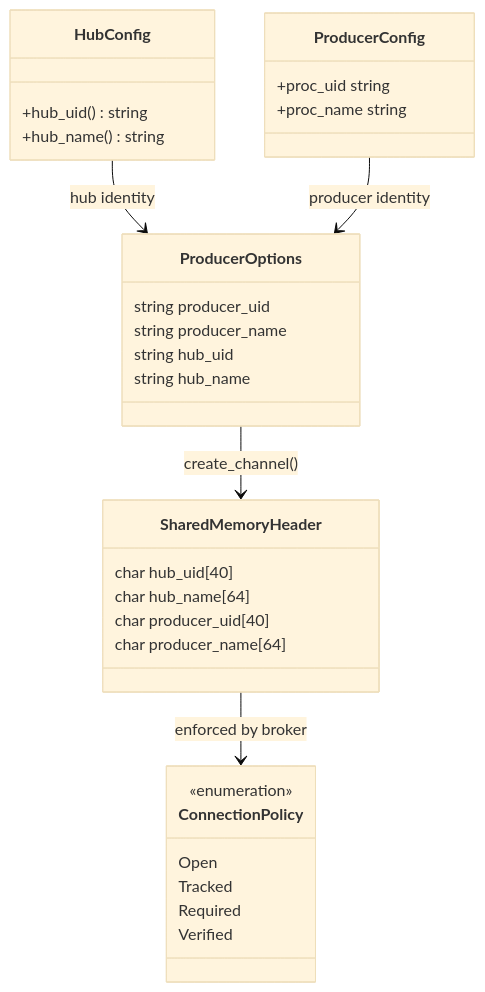
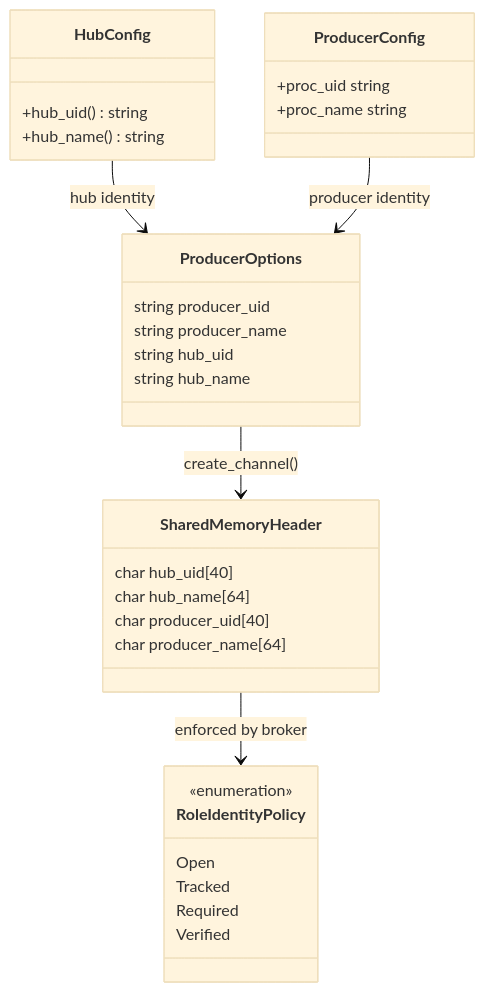
One commit to Qing-LAB/pylabhub changed the first of 2 diagrams in docs/HEP/HEP-CORE-0013-Channel-Identity-and-Provenance.md. Above: the diagram before and after it, drawn with Mermaid (base theme). The commit also changed other lines of this file and 22 other files, not shown here.

````diff
--- a/docs/HEP/HEP-CORE-0013-Channel-Identity-and-Provenance.md
+++ b/docs/HEP/HEP-CORE-0013-Channel-Identity-and-Provenance.md
@@ -91,35 +91,35 @@
 ```mermaid
 classDiagram
     class SharedMemoryHeader {
         char hub_uid[40]
         char hub_name[64]
         char producer_uid[40]
         char producer_name[64]
     }
     class ProducerOptions {
         string producer_uid
         string producer_name
         string hub_uid
         string hub_name
     }
     class HubConfig {
         +hub_uid() string
         +hub_name() string
     }
     class ProducerConfig {
         +proc_uid string
         +proc_name string
     }
-    class ConnectionPolicy {
+    class RoleIdentityPolicy {
         <<enumeration>>
         Open
         Tracked
         Required
         Verified
     }
 
     HubConfig --> ProducerOptions : hub identity
     ProducerConfig --> ProducerOptions : producer identity
     ProducerOptions --> SharedMemoryHeader : create_channel()
-    SharedMemoryHeader --> ConnectionPolicy : enforced by broker
+    SharedMemoryHeader --> RoleIdentityPolicy : enforced by broker
 ```
````
